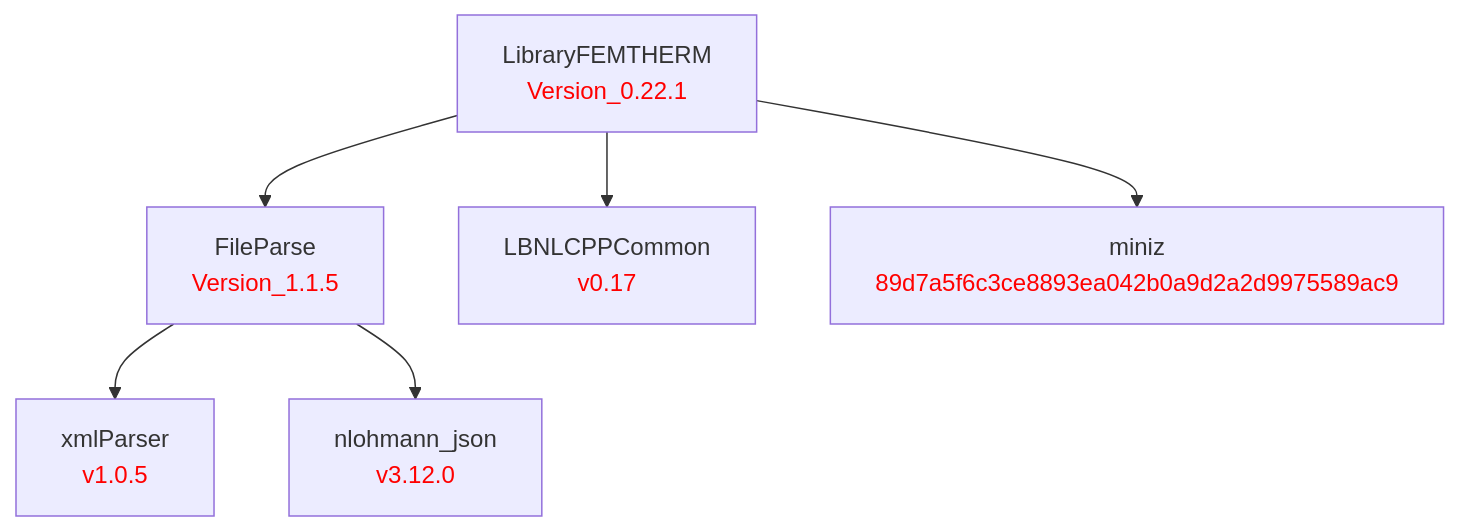
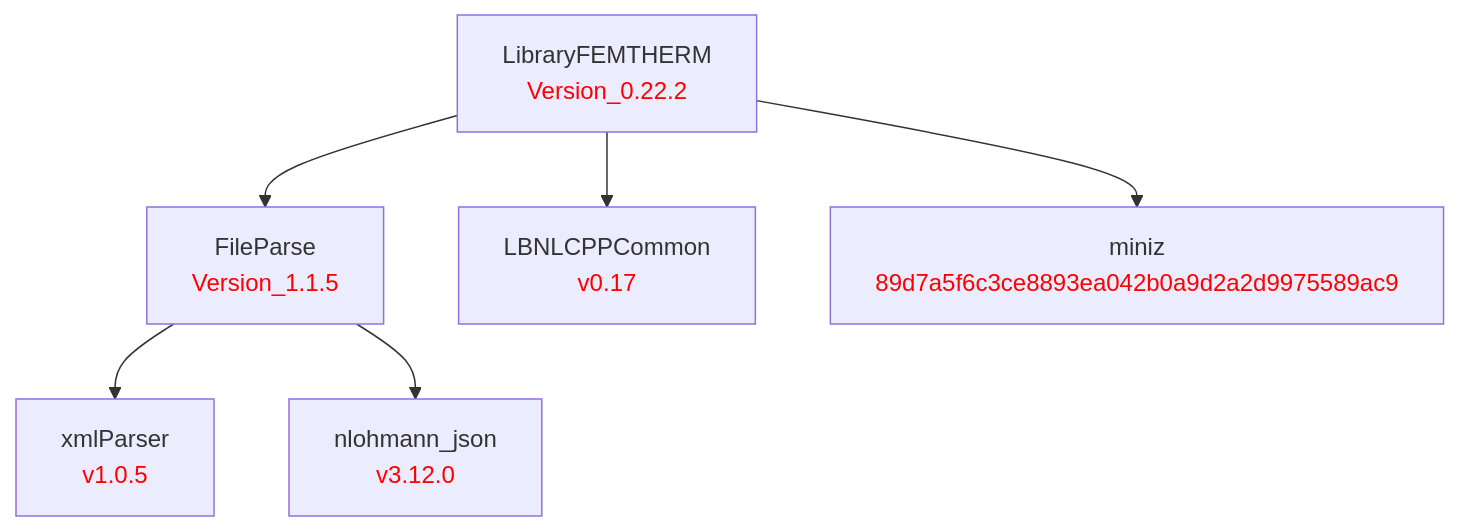
The diagram in doc/LibraryFEMTHERM.md (LBNL-ETA/LibraryFEMTherm), drawn with Mermaid before and after one commit. The commit also changed 1 other file, not shown here.

Commit message:
Bump to Version_0.22.2: project pure-gas delete fix + default IR transmittance; refresh dep chart

````diff
--- a/doc/LibraryFEMTHERM.md
+++ b/doc/LibraryFEMTHERM.md
@@ -1,17 +1,17 @@
 ```mermaid
 graph TD
     %% Package definitions
     xmlParser[xmlParser<br/><font color='red'>v1.0.5</font>]
     nlohmann_json[nlohmann_json<br/><font color='red'>v3.12.0</font>]
     FileParse[FileParse<br/><font color='red'>Version_1.1.5</font>]
     LBNLCPPCommon[LBNLCPPCommon<br/><font color='red'>v0.17</font>]
     miniz[miniz<br/><font color='red'>89d7a5f6c3ce8893ea042b0a9d2a2d9975589ac9</font>]
-    LibraryFEMTHERM[LibraryFEMTHERM<br/><font color='red'>Version_0.22.1</font>]
+    LibraryFEMTHERM[LibraryFEMTHERM<br/><font color='red'>Version_0.22.2</font>]
 
     %% Package relations
     LibraryFEMTHERM --> FileParse
     LibraryFEMTHERM --> LBNLCPPCommon
     LibraryFEMTHERM --> miniz
     FileParse --> xmlParser
     FileParse --> nlohmann_json
 ```
````
